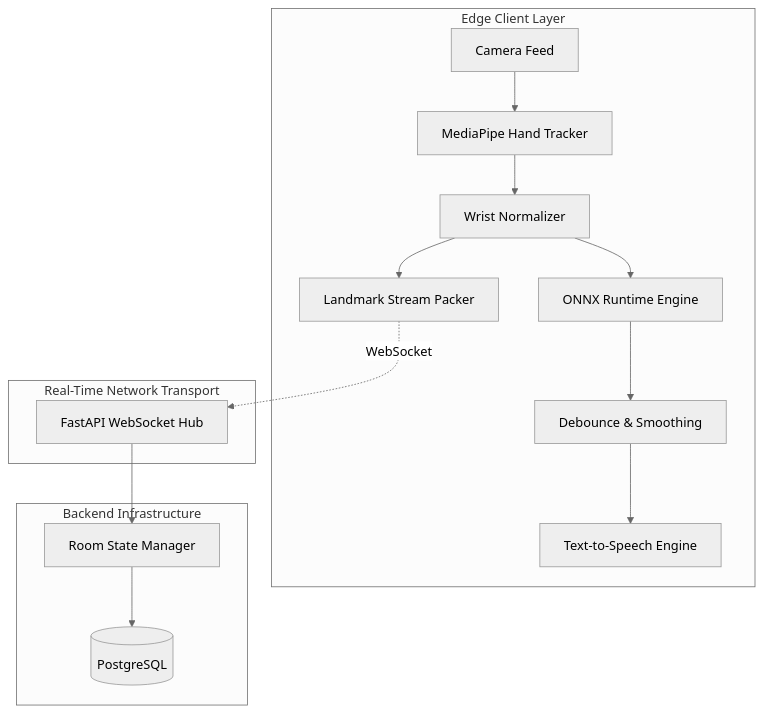
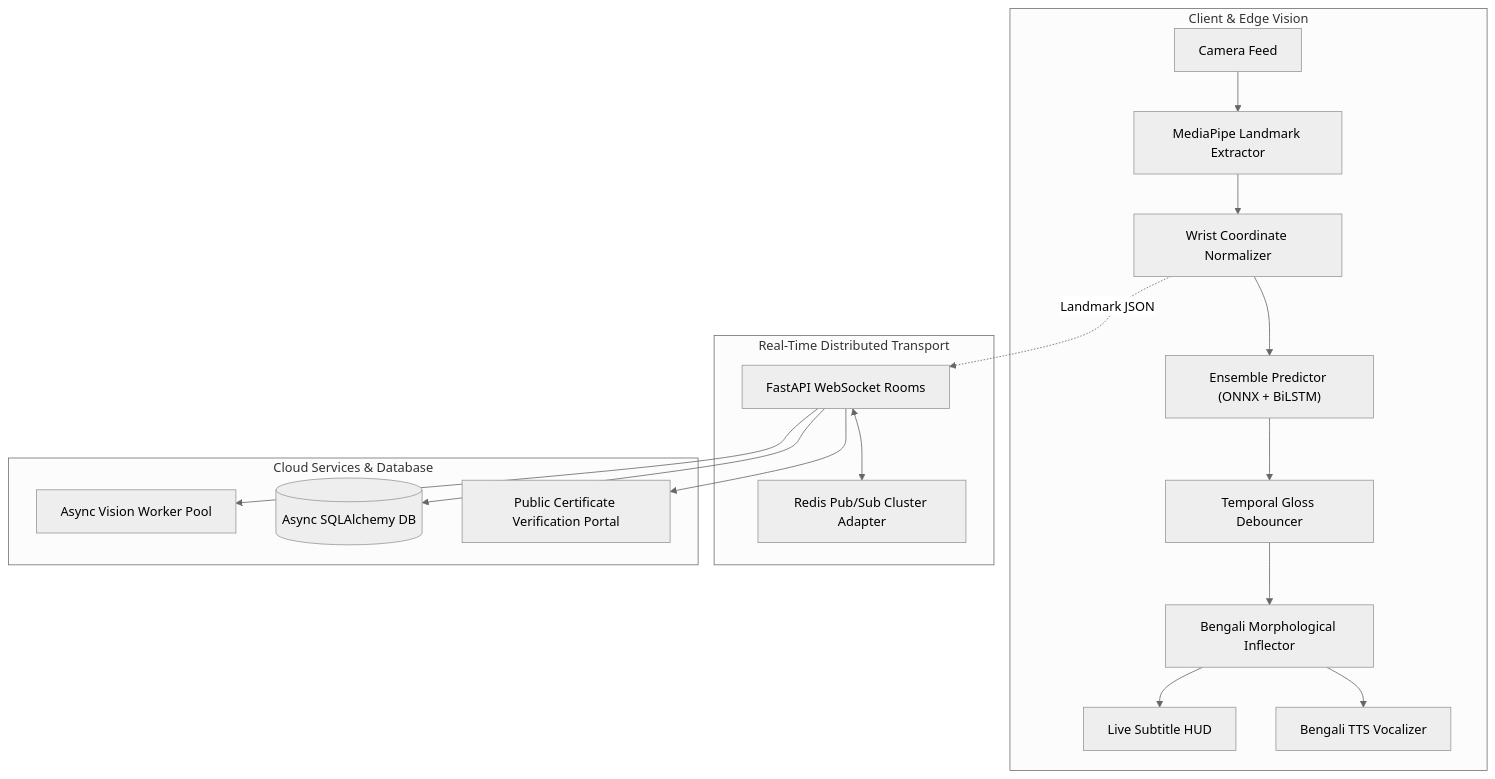
The diagram in README.md (farhanshahriarpolok/IsharaConnect), drawn with Mermaid (neutral theme) before and after one commit. The commit also changed other lines of this file and 4 other files, not shown here.

````diff
--- a/README.md
+++ b/README.md
@@ -36,20 +47,23 @@
 ```mermaid
 graph TD
-    subgraph ClientLayer ["Edge Client Layer"]
-        Webcam["Camera Feed"] --> MPTracker["MediaPipe Hand Tracker"]
-        MPTracker --> Normalizer["Wrist Normalizer"]
-        Normalizer --> LocalInference["ONNX Runtime Engine"]
-        Normalizer --> StreamPacker["Landmark Stream Packer"]
-        LocalInference --> Debounce["Debounce & Smoothing"]
-        Debounce --> LocalTTS["Text-to-Speech Engine"]
+    subgraph ClientLayer ["Client & Edge Vision"]
+        Webcam["Camera Feed"] --> MediaPipe["MediaPipe Landmark Extractor"]
+        MediaPipe --> Normalizer["Wrist Coordinate Normalizer"]
+        Normalizer --> Ensemble["Ensemble Predictor (ONNX + BiLSTM)"]
+        Ensemble --> Debouncer["Temporal Gloss Debouncer"]
+        Debouncer --> Inflector["Bengali Morphological Inflector"]
+        Inflector --> SubtitleHUD["Live Subtitle HUD"]
+        Inflector --> BengaliTTS["Bengali TTS Vocalizer"]
     end
 
-    subgraph NetworkLayer ["Real-Time Network Transport"]
-        StreamPacker -.->|WebSocket| WSServer["FastAPI WebSocket Hub"]
+    subgraph NetworkLayer ["Real-Time Distributed Transport"]
+        Normalizer -.->|Landmark JSON| FastAPISockets["FastAPI WebSocket Rooms"]
+        FastAPISockets <--> RedisPubSub["Redis Pub/Sub Cluster Adapter"]
     end
 
-    subgraph BackendLayer ["Backend Infrastructure"]
-        WSServer --> RoomManager["Room State Manager"]
-        RoomManager --> DB[("PostgreSQL")]
+    subgraph BackendLayer ["Cloud Services & Database"]
+        FastAPISockets --> VisionWorkers["Async Vision Worker Pool"]
+        FastAPISockets --> SQLiteAsync[("Async SQLAlchemy DB")]
+        FastAPISockets --> CertPortal["Public Certificate Verification Portal"]
     end
 ```
````
